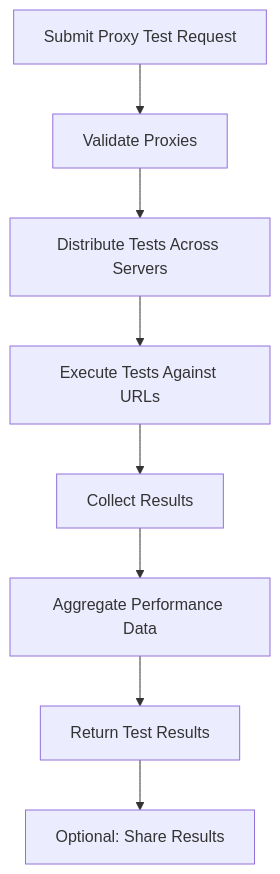
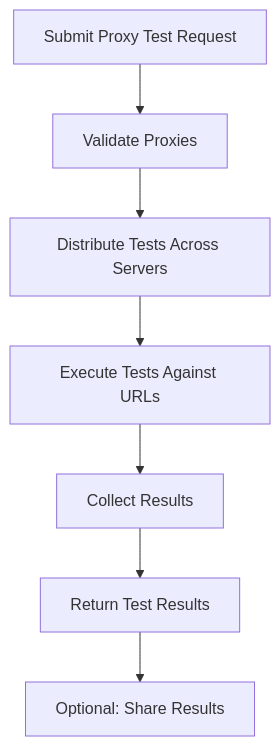
Before and after one commit to pingproxies/ping-proxies-public-api-docs: the diagram in api-objects/proxy-tester.mdx, drawn with Mermaid. The commit also changed other lines of this file and 2 other files, not shown here.

````diff
--- a/api-objects/proxy-tester.mdx
+++ b/api-objects/proxy-tester.mdx
@@ -55,10 +57,9 @@
 ```mermaid
 graph TD
     A[Submit Proxy Test Request] --> B[Validate Proxies]
     B --> C[Distribute Tests Across Servers]
     C --> D[Execute Tests Against URLs]
     D --> E[Collect Results]
-    E --> F[Aggregate Performance Data]
-    F --> G[Return Test Results]
-    G --> H[Optional: Share Results]
+    E --> F[Return Test Results]
+    F --> G[Optional: Share Results]
 ```
````
